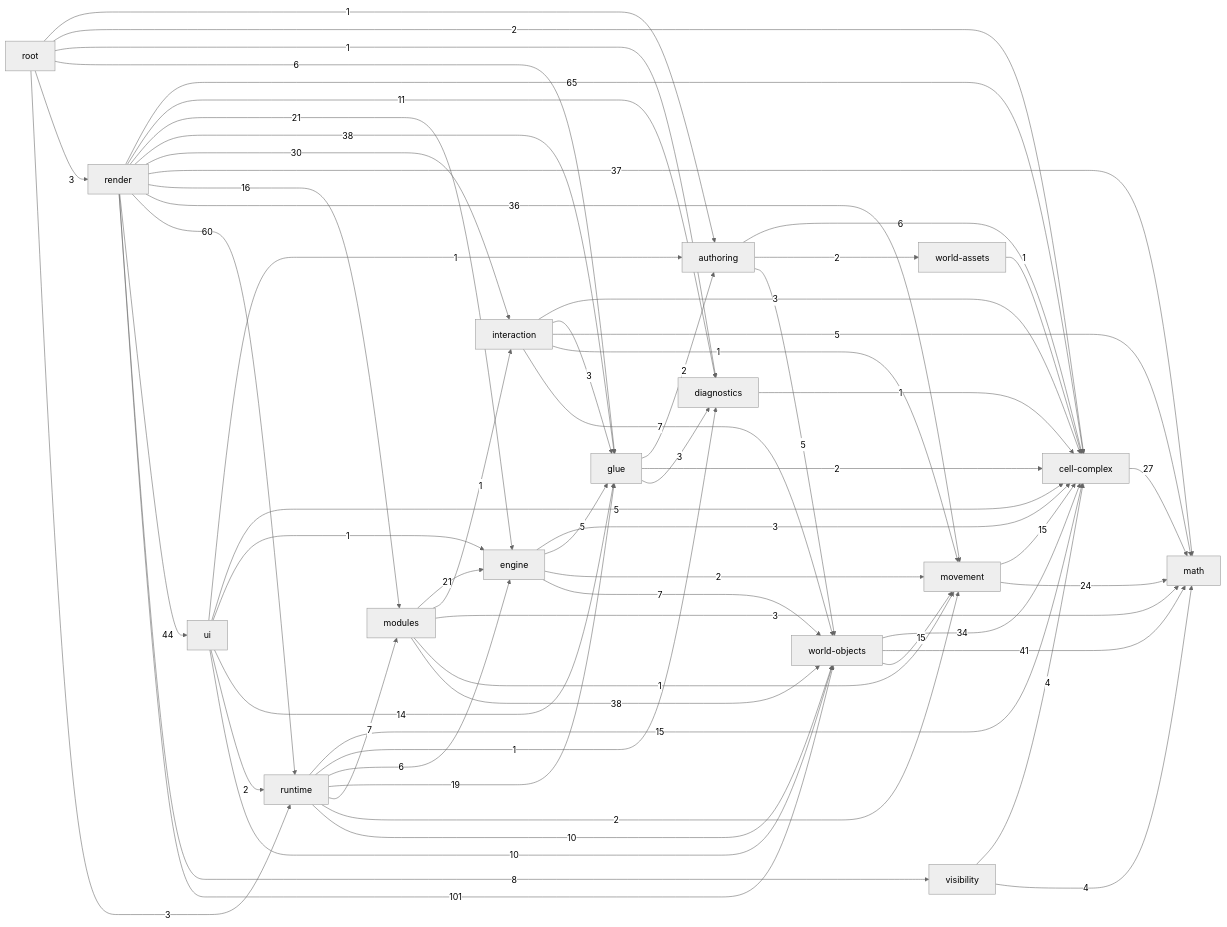
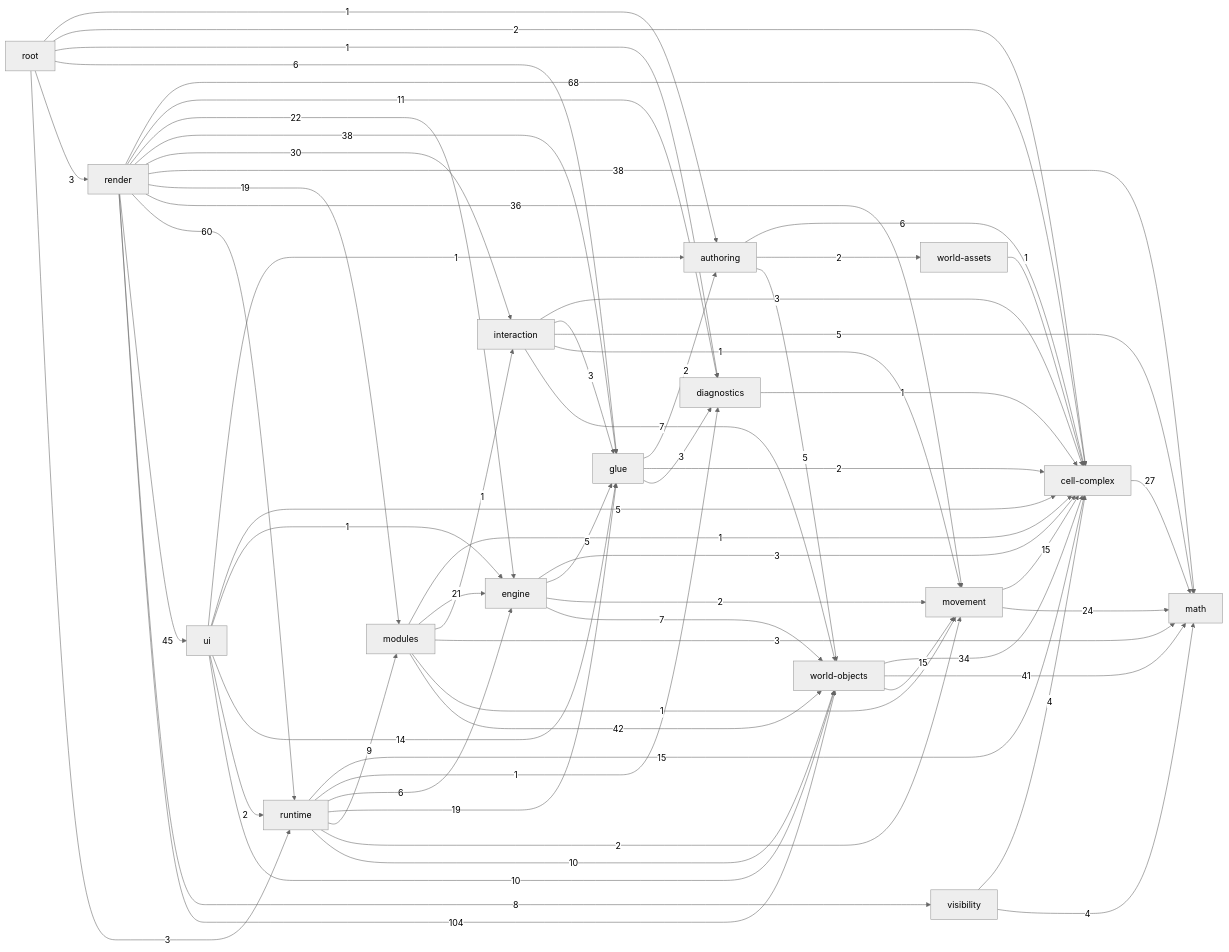
One commit to guraltsev/noneuclid-fpv changed the diagram in _docs/generated/ARCHITECTURE_REFERENCE.md. Above: the diagram before and after it, drawn with Mermaid (neutral theme). The commit also changed other lines of this file and 49 other files, not shown here.

````diff
--- a/_docs/generated/ARCHITECTURE_REFERENCE.md
+++ b/_docs/generated/ARCHITECTURE_REFERENCE.md
@@ -37,80 +37,81 @@
 ```mermaid
 flowchart LR
   math["math"]
   cell_complex["cell-complex"]
   diagnostics["diagnostics"]
   visibility["visibility"]
   movement["movement"]
   world_assets["world-assets"]
   world_objects["world-objects"]
   authoring["authoring"]
   glue["glue"]
   interaction["interaction"]
   engine["engine"]
   modules["modules"]
   runtime["runtime"]
   ui["ui"]
   render["render"]
   root["root"]
   authoring -->|6| cell_complex
   authoring -->|2| world_assets
   authoring -->|5| world_objects
   cell_complex -->|27| math
   diagnostics -->|1| cell_complex
   engine -->|3| cell_complex
   engine -->|5| glue
   engine -->|2| movement
   engine -->|7| world_objects
   glue -->|2| authoring
   glue -->|2| cell_complex
   glue -->|3| diagnostics
   interaction -->|3| cell_complex
   interaction -->|3| glue
   interaction -->|5| math
   interaction -->|1| movement
   interaction -->|7| world_objects
+  modules -->|1| cell_complex
   modules -->|21| engine
   modules -->|1| interaction
   modules -->|3| math
   modules -->|1| movement
-  modules -->|38| world_objects
+  modules -->|42| world_objects
   movement -->|15| cell_complex
   movement -->|24| math
-  render -->|65| cell_complex
+  render -->|68| cell_complex
   render -->|11| diagnostics
-  render -->|21| engine
+  render -->|22| engine
   render -->|38| glue
   render -->|30| interaction
-  render -->|37| math
-  render -->|16| modules
+  render -->|38| math
+  render -->|19| modules
   render -->|36| movement
   render -->|60| runtime
-  render -->|44| ui
+  render -->|45| ui
   render -->|8| visibility
-  render -->|101| world_objects
+  render -->|104| world_objects
   root -->|1| authoring
   root -->|2| cell_complex
   root -->|1| diagnostics
   root -->|6| glue
   root -->|3| render
   root -->|3| runtime
   runtime -->|15| cell_complex
   runtime -->|1| diagnostics
   runtime -->|6| engine
   runtime -->|19| glue
-  runtime -->|7| modules
+  runtime -->|9| modules
   runtime -->|2| movement
   runtime -->|10| world_objects
   ui -->|1| authoring
   ui -->|5| cell_complex
   ui -->|1| engine
   ui -->|14| glue
   ui -->|2| runtime
   ui -->|10| world_objects
   visibility -->|4| cell_complex
   visibility -->|4| math
   world_assets -->|1| cell_complex
   world_objects -->|34| cell_complex
   world_objects -->|41| math
   world_objects -->|15| movement
 ```
````
